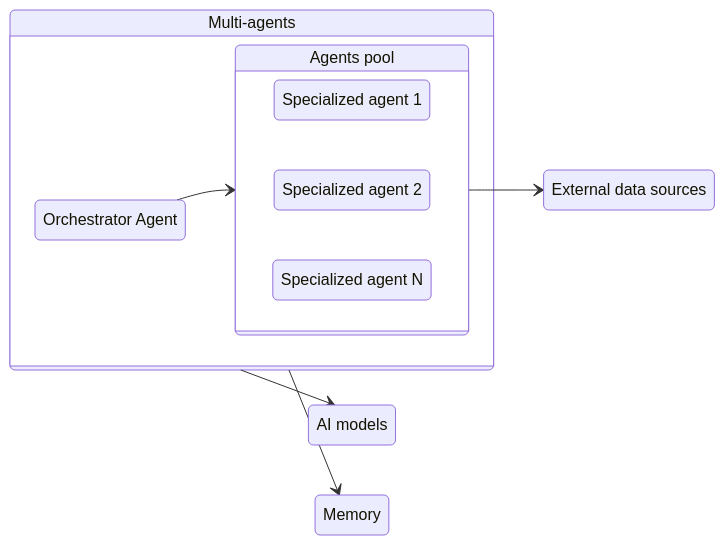
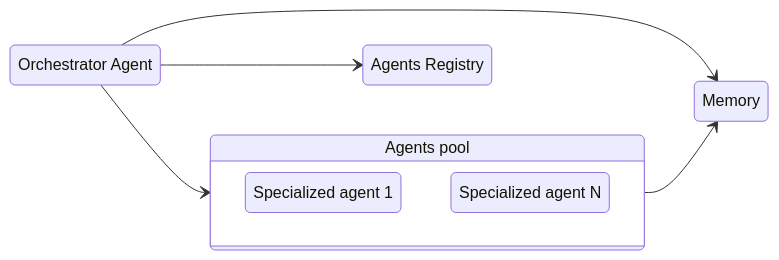
One commit to microsoft/multi-agent-reference-architecture changed the diagram in docs/building-blocks/Building-Blocks.md. Above: the diagram before and after it, drawn with Mermaid. The commit also changed other lines of this file and 1 other file, not shown here.

Commit message:
docs: agents registry added

````diff
--- a/docs/building-blocks/Building-Blocks.md
+++ b/docs/building-blocks/Building-Blocks.md
@@ -5,27 +5,19 @@
 ```mermaid
 
 stateDiagram
-    Workflow: Multi-agents
     Agents: Agents pool
     Orchestrator: Orchestrator Agent
+    Registry: Agents Registry
     Agent1: Specialized agent 1
-    Agent2: Specialized agent 2
     AgentN: Specialized agent N
-    Models: AI models
-    Data: External data sources
 
     direction LR
-    state Workflow {
-      direction LR
-      Orchestrator --> Agents
-    }
+    Orchestrator --> Agents
+    Orchestrator --> Registry
+    Orchestrator --> Memory
     state Agents {
-      direction LR
       Agent1
-      Agent2
       AgentN
     }
-    Workflow --> Models
-    Agents --> Data
-    Workflow --> Memory
+    Agents --> Memory
 ```
````
